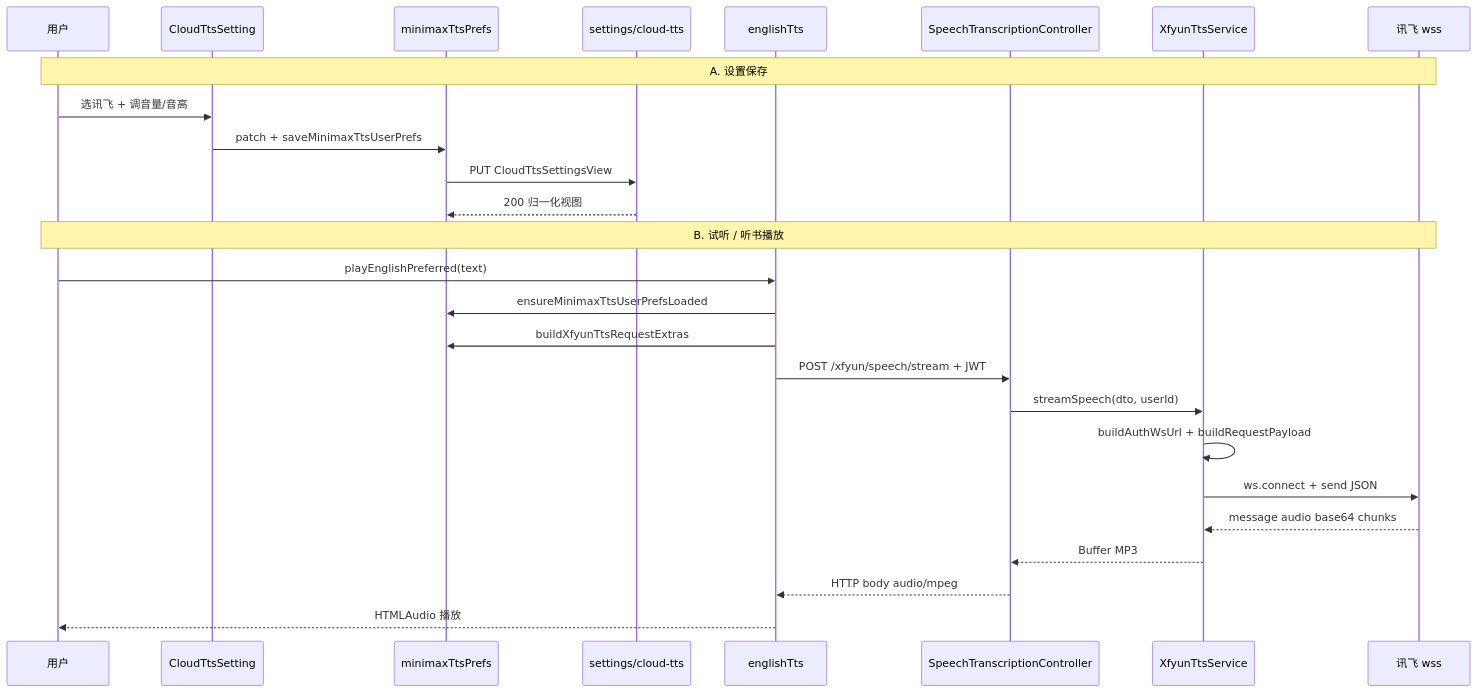
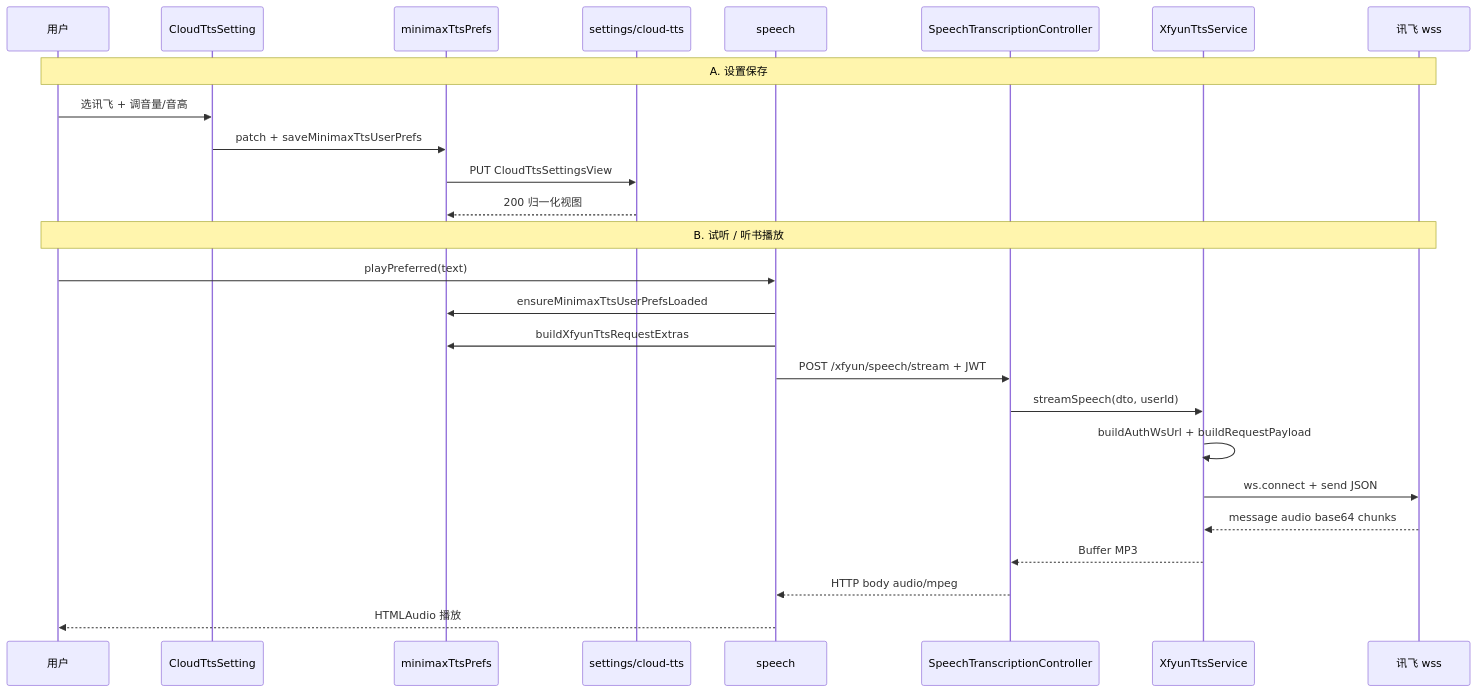
The third of 4 diagrams in docs/ideas/xfyun-cloud-tts.md (dnhyxc/dnhyxc-ai), drawn with Mermaid before and after one commit. The commit also changed other lines of this file and 111 other files, not shown here.

````diff
--- a/docs/ideas/xfyun-cloud-tts.md
+++ b/docs/ideas/xfyun-cloud-tts.md
@@ -210,30 +210,30 @@
 ```mermaid
 sequenceDiagram
   participant U as 用户
   participant UI as CloudTtsSetting
   participant Prefs as minimaxTtsPrefs
   participant API as settings/cloud-tts
-  participant TTS as englishTts
+  participant TTS as speech
   participant Ctrl as SpeechTranscriptionController
   participant Svc as XfyunTtsService
   participant WS as 讯飞 wss
 
   Note over U,WS: A. 设置保存
   U->>UI: 选讯飞 + 调音量/音高
   UI->>Prefs: patch + saveMinimaxTtsUserPrefs
   Prefs->>API: PUT CloudTtsSettingsView
   API-->>Prefs: 200 归一化视图
 
   Note over U,WS: B. 试听 / 听书播放
-  U->>TTS: playEnglishPreferred(text)
+  U->>TTS: playPreferred(text)
   TTS->>Prefs: ensureMinimaxTtsUserPrefsLoaded
   TTS->>Prefs: buildXfyunTtsRequestExtras
   TTS->>Ctrl: POST /xfyun/speech/stream + JWT
   Ctrl->>Svc: streamSpeech(dto, userId)
   Svc->>Svc: buildAuthWsUrl + buildRequestPayload
   Svc->>WS: ws.connect + send JSON
   WS-->>Svc: message audio base64 chunks
   Svc-->>Ctrl: Buffer MP3
   Ctrl-->>TTS: HTTP body audio/mpeg
   TTS-->>U: HTMLAudio 播放
 ```
````
